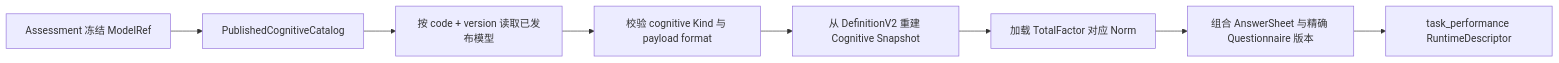
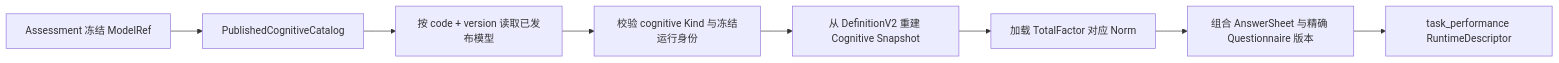
One commit to FangcunMount/qs-server changed the first of 2 diagrams in docs/02-业务模块/20-model-catalog/40-模型类型/40-cognitive-认知测验.md. Above: the diagram before and after it, drawn with Mermaid. The commit also changed other lines of this file and 437 other files, not shown here.

````diff
--- a/docs/02-业务模块/20-model-catalog/40-模型类型/40-cognitive-认知测验.md
+++ b/docs/02-业务模块/20-model-catalog/40-模型类型/40-cognitive-认知测验.md
@@ -332,10 +331,10 @@
 ```mermaid
 flowchart LR
     A["Assessment 冻结 ModelRef"] --> B["PublishedCognitiveCatalog"]
     B --> C["按 code + version 读取已发布模型"]
-    C --> D["校验 cognitive Kind 与 payload format"]
+    C --> D["校验 cognitive Kind 与冻结运行身份"]
     D --> E["从 DefinitionV2 重建 Cognitive Snapshot"]
     E --> F["加载 TotalFactor 对应 Norm"]
     F --> G["组合 AnswerSheet 与精确 Questionnaire 版本"]
     G --> H["task_performance RuntimeDescriptor"]
 ```
````
